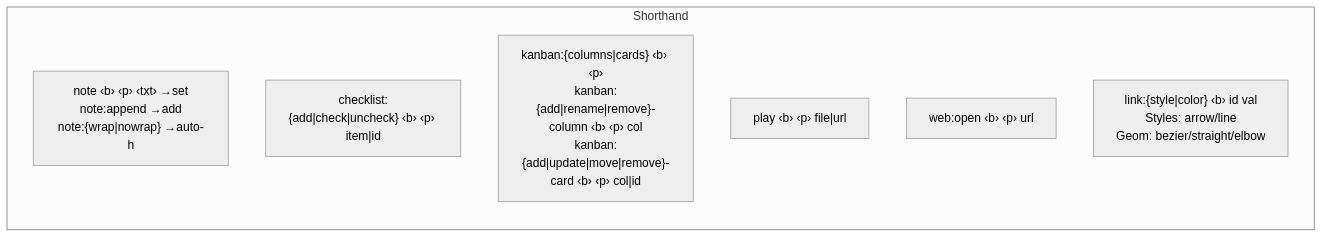
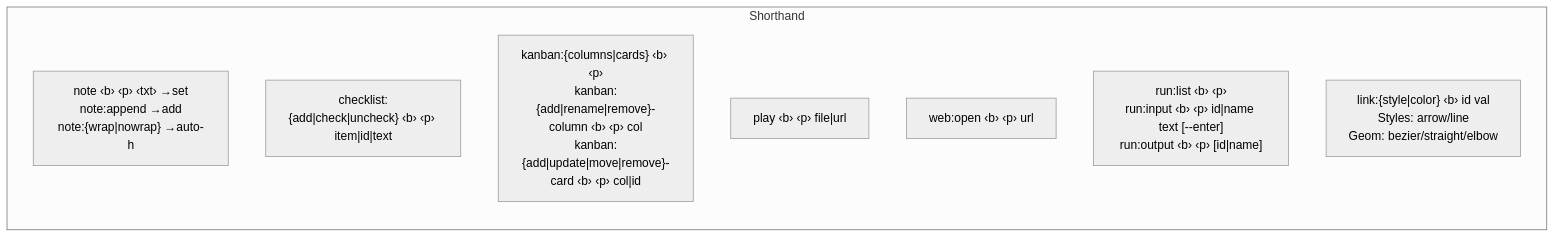
One commit to IstiN/yoloit changed the third of 5 diagrams in docs/cli-mermaid.md. Above: the diagram before and after it, drawn with Mermaid (neutral theme). The commit also changed other lines of this file and 8 other files, not shown here.

````diff
--- a/docs/cli-mermaid.md
+++ b/docs/cli-mermaid.md
@@ -67,11 +71,12 @@
 ```mermaid
 graph LR
     subgraph Shorthand
         note_sh["note ‹b› ‹p› ‹txt› →set<br>note:append →add<br>note:{wrap|nowrap} →auto-h"]
-        check_sh["checklist:{add|check|uncheck} ‹b› ‹p› item|id"]
+        check_sh["checklist:{add|check|uncheck} ‹b› ‹p› item|id|text"]
         kanban_sh["kanban:{columns|cards} ‹b› ‹p›<br>kanban:{add|rename|remove}-column ‹b› ‹p› col<br>kanban:{add|update|move|remove}-card ‹b› ‹p› col|id"]
         play_sh["play ‹b› ‹p› file|url"]
         web_sh["web:open ‹b› ‹p› url"]
+        run_sh["run:list ‹b› ‹p›<br>run:input ‹b› ‹p› id|name text [--enter]<br>run:output ‹b› ‹p› [id|name]"]
         link_sh["link:{style|color} ‹b› id val<br>Styles: arrow/line<br>Geom: bezier/straight/elbow"]
     end
 ```
````
